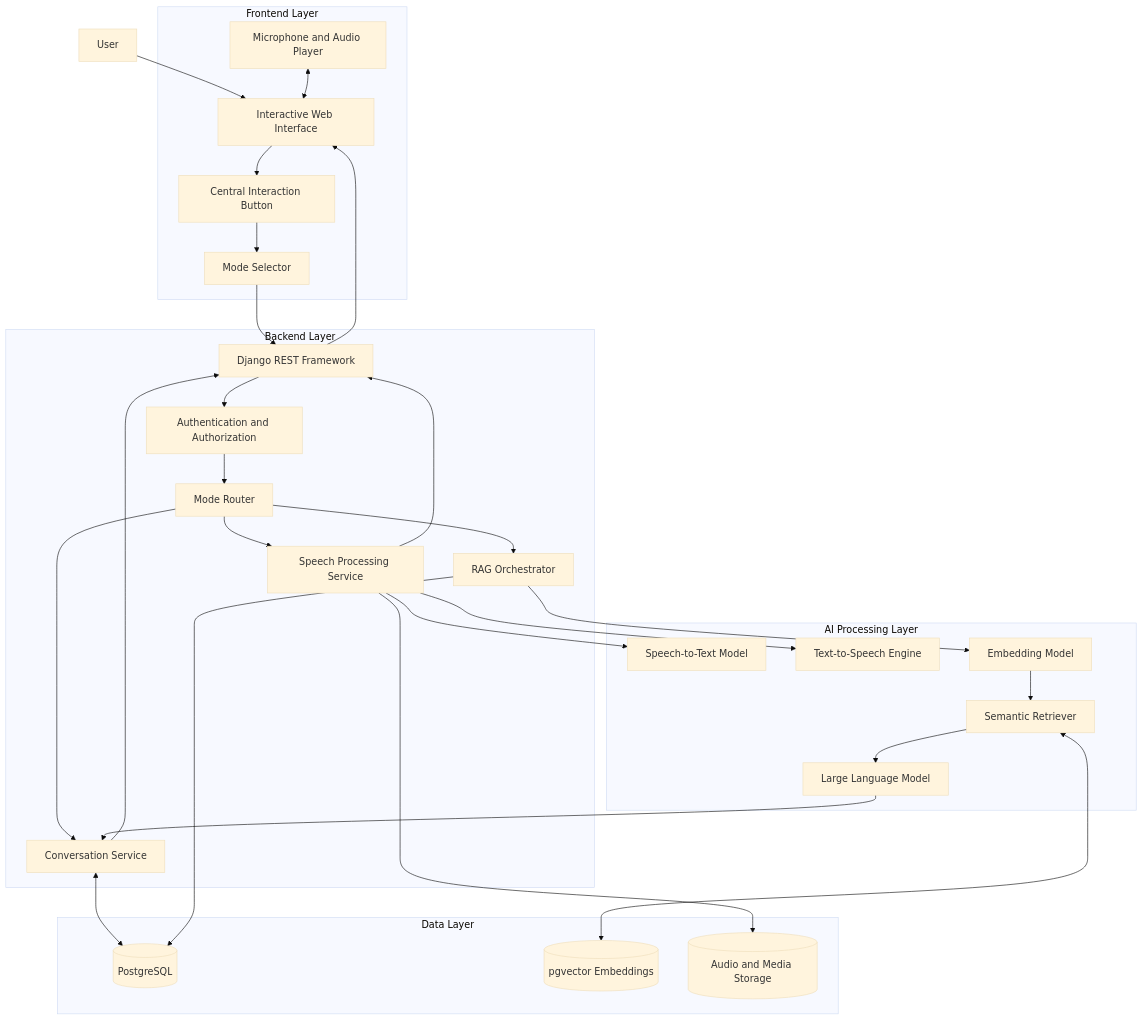
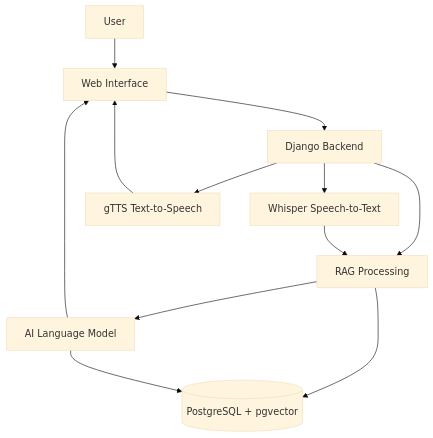
Before and after one commit to shreyashhtiwarii/Adawat: the first of 2 diagrams in README.md, drawn with Mermaid (base theme). The commit also changed other lines of this file, not shown here.

````diff
--- a/README.md
+++ b/README.md
@@ -51,63 +33,17 @@
 ```mermaid
-flowchart TB
-    U["User"]
+flowchart TD
+    U[User] --> UI[Web Interface]
+    UI --> API[Django Backend]
 
-    subgraph FE["Frontend Layer"]
-        UI["Interactive Web Interface"]
-        CB["Central Interaction Button"]
-        MODE["Mode Selector"]
-        AUDIO["Microphone and Audio Player"]
-    end
+    API --> STT[Whisper Speech-to-Text]
+    API --> RAG[RAG Processing]
+    API --> TTS[gTTS Text-to-Speech]
 
-    subgraph BE["Backend Layer"]
-        API["Django REST Framework"]
-        AUTH["Authentication and Authorization"]
-        ROUTER["Mode Router"]
-        CHAT["Conversation Service"]
-        SPEECH["Speech Processing Service"]
-        RAG["RAG Orchestrator"]
-    end
+    STT --> RAG
+    RAG --> DB[(PostgreSQL + pgvector)]
+    RAG --> LLM[AI Language Model]
+    LLM --> DB
+    LLM --> UI
 
-    subgraph AI["AI Processing Layer"]
-        STT["Speech-to-Text Model"]
-        TTS["Text-to-Speech Engine"]
-        EMB["Embedding Model"]
-        RET["Semantic Retriever"]
-        LLM["Large Language Model"]
-    end
-
-    subgraph DB["Data Layer"]
-        PG[("PostgreSQL")]
-        VEC[("pgvector Embeddings")]
-        MEDIA[("Audio and Media Storage")]
-    end
-
-    U --> UI
-    UI --> CB
-    CB --> MODE
-    MODE --> API
-    AUDIO <--> UI
-
-    API --> AUTH
-    AUTH --> ROUTER
-    ROUTER --> CHAT
-    ROUTER --> SPEECH
-    ROUTER --> RAG
-
-    SPEECH --> STT
-    SPEECH --> TTS
-
-    RAG --> EMB
-    EMB --> RET
-    RET <--> VEC
-    RET --> LLM
-    LLM --> CHAT
-
-    CHAT <--> PG
-    RAG --> PG
-    SPEECH --> MEDIA
-
-    CHAT --> API
-    SPEECH --> API
-    API --> UI
+    TTS --> UI
 ```
````
